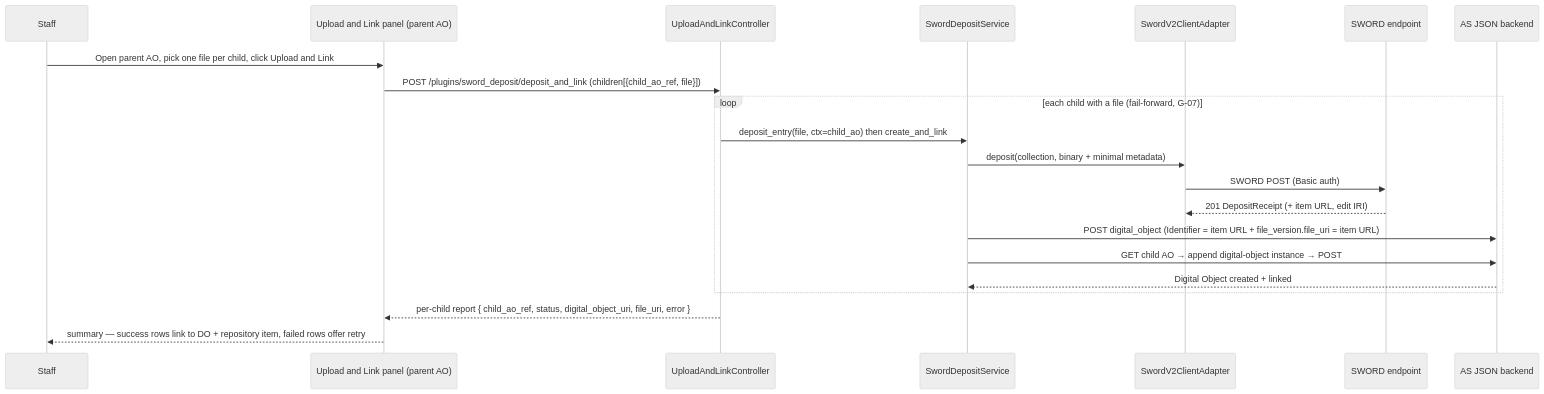
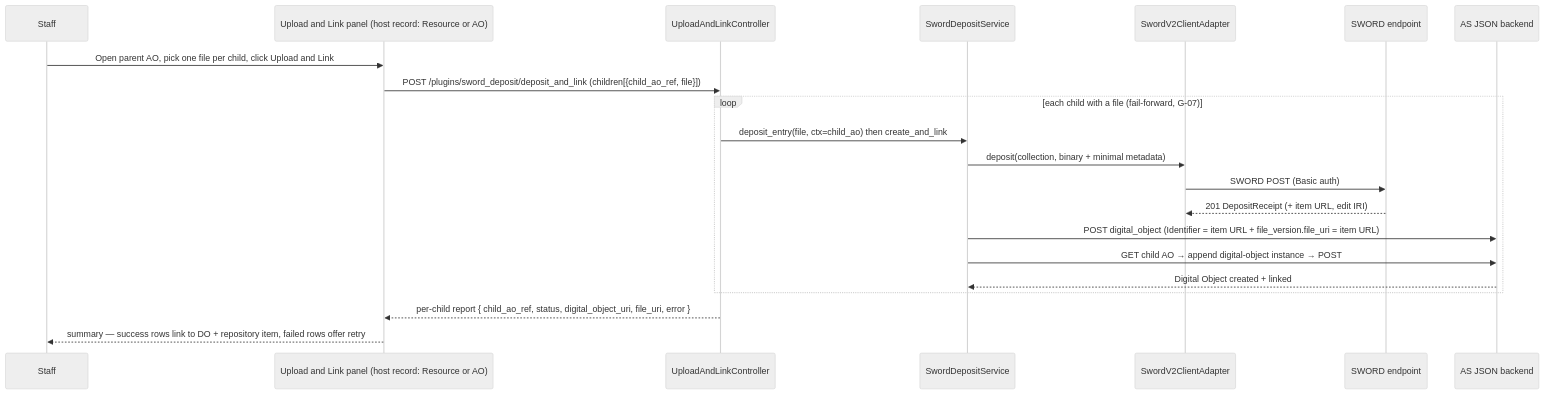
The third of 4 diagrams in specs/A3-4-dev-high-as-sword-deposit.md (ryanttb/LyrasisInteroperabilityProject), drawn with Mermaid (neutral theme) before and after one commit. The commit also changed other lines of this file and 2 other files, not shown here.

Commit message:
A3-4 add Resources as host record

````diff
--- a/specs/A3-4-dev-high-as-sword-deposit.md
+++ b/specs/A3-4-dev-high-as-sword-deposit.md
@@ -774,24 +779,24 @@
 ```mermaid
 sequenceDiagram
   participant S as Staff
-  participant UI as Upload and Link panel (parent AO)
+  participant UI as Upload and Link panel (host record: Resource or AO)
   participant C as UploadAndLinkController
   participant Svc as SwordDepositService
   participant A as SwordV2ClientAdapter
   participant DS as SWORD endpoint
   participant B as AS JSON backend
 
   S->>UI: Open parent AO, pick one file per child, click Upload and Link
   UI->>C: POST /plugins/sword_deposit/deposit_and_link (children[{child_ao_ref, file}])
   loop each child with a file (fail-forward, G-07)
     C->>Svc: deposit_entry(file, ctx=child_ao) then create_and_link
     Svc->>A: deposit(collection, binary + minimal metadata)
     A->>DS: SWORD POST (Basic auth)
     DS-->>A: 201 DepositReceipt (+ item URL, edit IRI)
     Svc->>B: POST digital_object (Identifier = item URL + file_version.file_uri = item URL)
     Svc->>B: GET child AO → append digital-object instance → POST
     B-->>Svc: Digital Object created + linked
   end
   C-->>UI: per-child report { child_ao_ref, status, digital_object_uri, file_uri, error }
   UI-->>S: summary — success rows link to DO + repository item, failed rows offer retry
 ```
````
